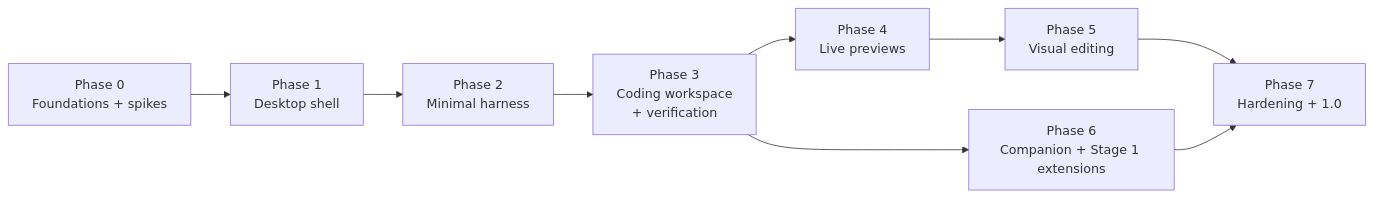
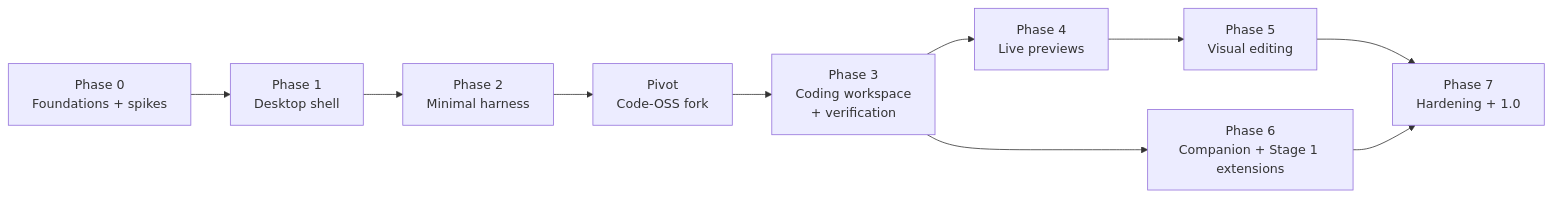
Before and after one commit to divinefavourak/jesutobits: the diagram in docs/ROADMAP.md, drawn with Mermaid. The commit also changed other lines of this file and 11 other files, not shown here.

First line of the commit message:
Pivot to a Code-OSS fork: ADR-0015, invariants, roadmap (NFR-001, NFR-004 to NFR-006, NFR-008, NFR-010)

````diff
--- a/docs/ROADMAP.md
+++ b/docs/ROADMAP.md
@@ -15,11 +15,12 @@
 ```mermaid
 flowchart LR
     P0["Phase 0<br/>Foundations + spikes"] --> P1["Phase 1<br/>Desktop shell"]
     P1 --> P2["Phase 2<br/>Minimal harness"]
-    P2 --> P3["Phase 3<br/>Coding workspace<br/>+ verification"]
+    P2 --> PV["Pivot<br/>Code-OSS fork"]
+    PV --> P3["Phase 3<br/>Coding workspace<br/>+ verification"]
     P3 --> P4["Phase 4<br/>Live previews"]
     P4 --> P5["Phase 5<br/>Visual editing"]
     P3 --> P6["Phase 6<br/>Companion + Stage 1 extensions"]
     P5 --> P7["Phase 7<br/>Hardening + 1.0"]
     P6 --> P7
 ```
````
